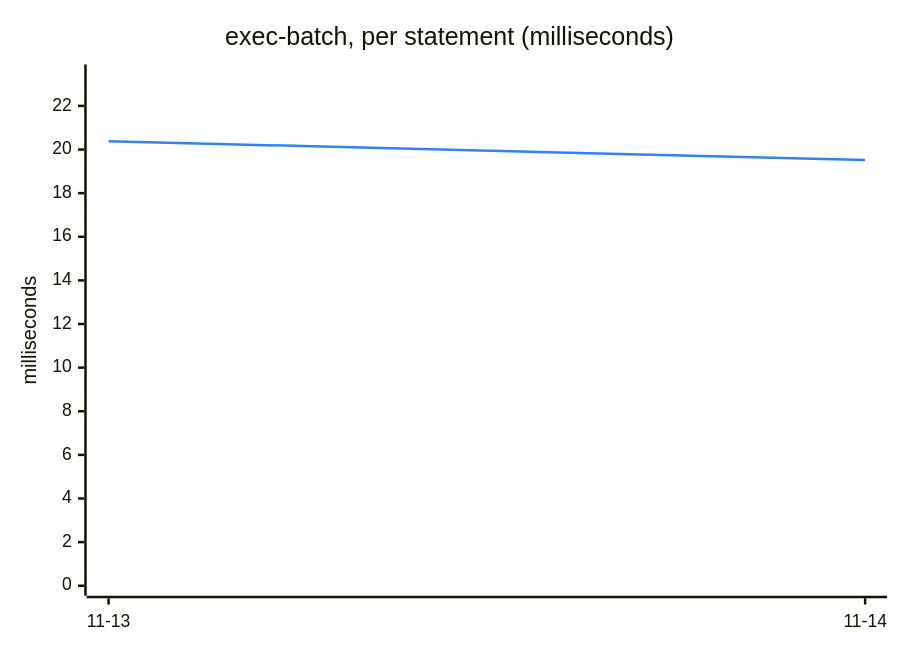
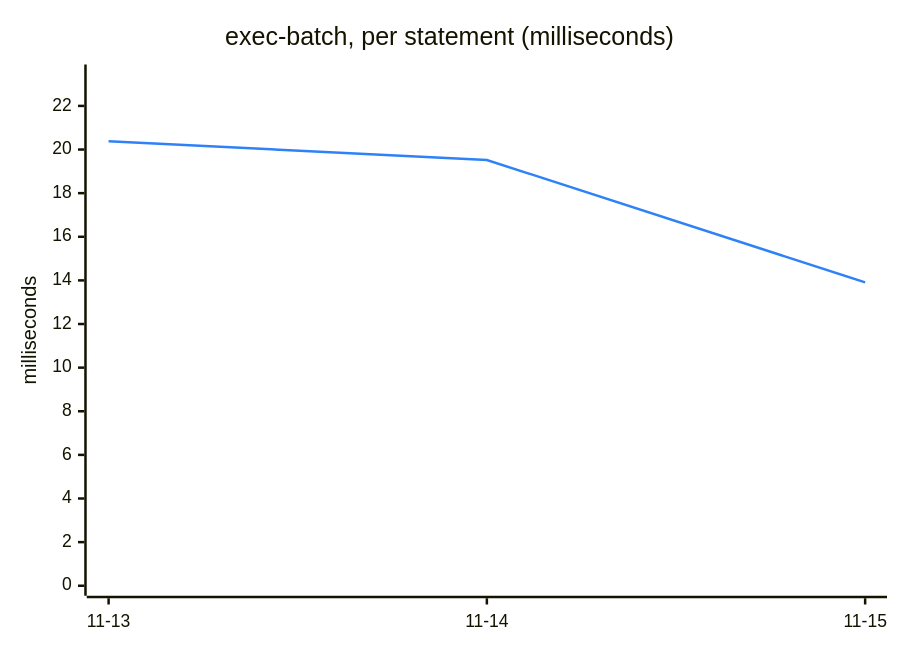
The fifth of 6 diagrams in TREND.md (mendixlabs/mxcli), drawn with Mermaid before and after one commit. The commit also changed other lines of this file and 2 other files, not shown here.

````diff
--- a/TREND.md
+++ b/TREND.md
@@ -111,13 +111,13 @@
 ```mermaid
 ---
 config:
   themeVariables:
     xyChart:
       plotColorPalette: "#2f81f7"
 ---
 xychart-beta
     title "exec-batch, per statement (milliseconds)"
-    x-axis ["11-13", "11-14"]
+    x-axis ["11-13", "11-14", "11-15"]
     y-axis "milliseconds" 0 --> 23.44
-    line [20.38, 19.52]
+    line [20.38, 19.52, 13.91]
 ```
````
